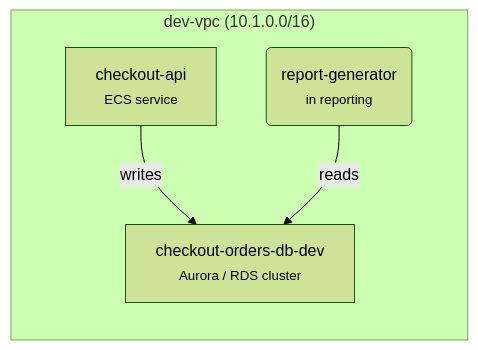
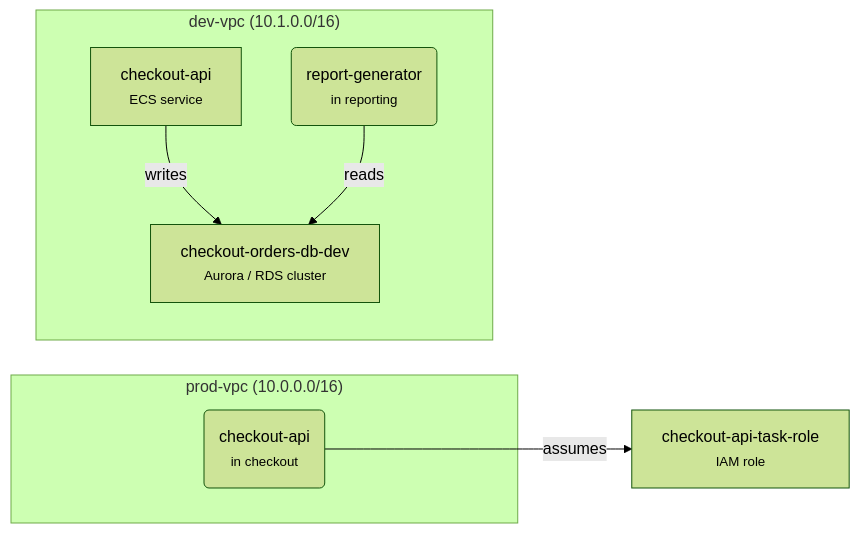
One commit to gonzaloan/sprawlr changed the second of 2 diagrams in examples/demo-architecture/apps/checkout.md. Above: the diagram before and after it, drawn with Mermaid (forest theme). The commit also changed other lines of this file and 123 other files, not shown here.

````diff
--- a/examples/demo-architecture/apps/checkout.md
+++ b/examples/demo-architecture/apps/checkout.md
@@ -55,10 +55,15 @@
 ```mermaid
 flowchart LR
-  subgraph vpc0["dev-vpc (10.1.0.0/16)"]
+  n2["checkout-api-task-role<br/><small>IAM role</small>"]
+  subgraph vpc1["prod-vpc (10.0.0.0/16)"]
+    n3("checkout-api<br/><small>in checkout</small>")
+  end
+  subgraph vpc2["dev-vpc (10.1.0.0/16)"]
     n0["checkout-api<br/><small>ECS service</small>"]
     n1["checkout-orders-db-dev<br/><small>Aurora / RDS cluster</small>"]
-    n2("report-generator<br/><small>in reporting</small>")
+    n4("report-generator<br/><small>in reporting</small>")
   end
   n0 -->|writes| n1
-  n2 -->|reads| n1
+  n3 -->|assumes| n2
+  n4 -->|reads| n1
 ```
````
